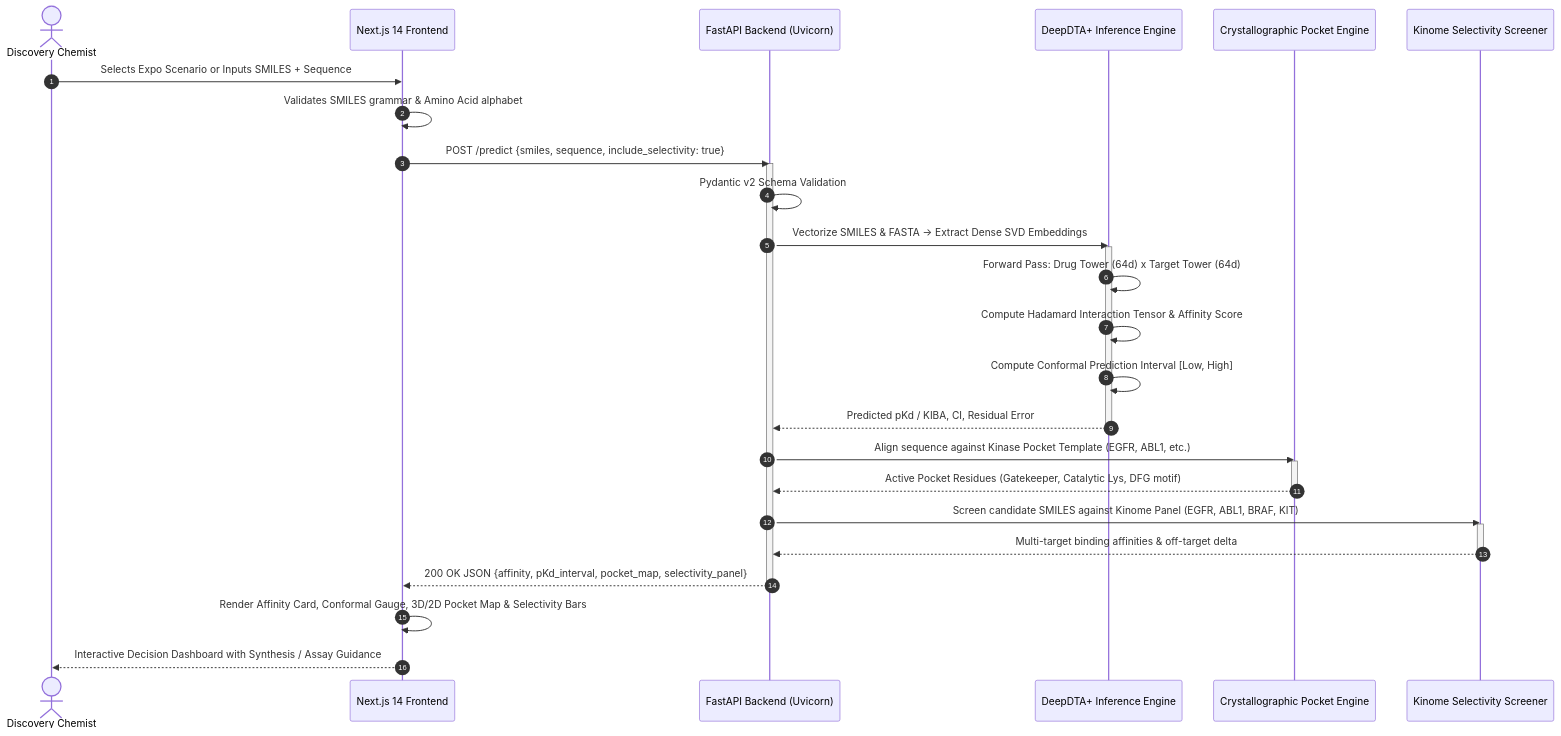
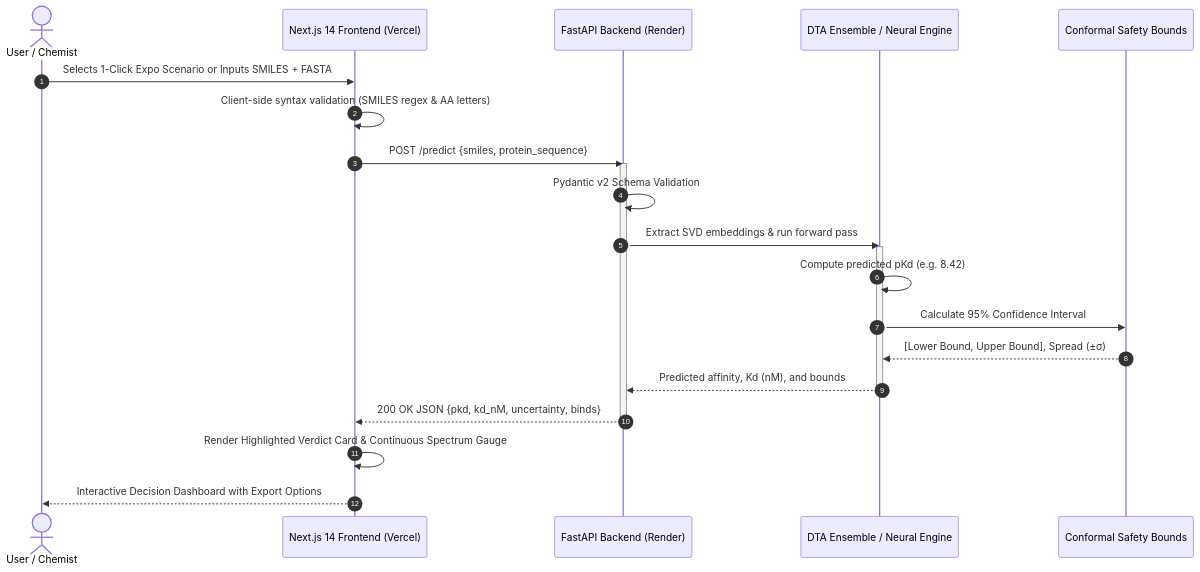
Before and after one commit to SC-Charan/DeepDTA-Plus: the diagram in docs/DEEPDTA_PLUS_COMPLETE_REVIEW.md, drawn with Mermaid. The commit also changed other lines of this file, not shown here.

Commit message:
docs: align review report with exact metrics.json numbers, 5-seed cold split benchmarks, and component map

````diff
--- a/docs/DEEPDTA_PLUS_COMPLETE_REVIEW.md
+++ b/docs/DEEPDTA_PLUS_COMPLETE_REVIEW.md
@@ -86,41 +76,30 @@
 ```mermaid
 sequenceDiagram
     autonumber
-    actor Chemist as Discovery Chemist
-    participant UI as Next.js 14 Frontend
-    participant API as FastAPI Backend (Uvicorn)
-    participant Model as DeepDTA+ Inference Engine
-    participant Pocket as Crystallographic Pocket Engine
-    participant Select as Kinome Selectivity Screener
+    actor Chemist as User / Chemist
+    participant UI as Next.js 14 Frontend (Vercel)
+    participant API as FastAPI Backend (Render)
+    participant Model as DTA Ensemble / Neural Engine
+    participant Calib as Conformal Safety Bounds
 
-    Chemist->>UI: Selects Expo Scenario or Inputs SMILES + Sequence
-    UI->>UI: Validates SMILES grammar & Amino Acid alphabet
-    UI->>API: POST /predict {smiles, sequence, include_selectivity: true}
+    Chemist->>UI: Selects 1-Click Expo Scenario or Inputs SMILES + FASTA
+    UI->>UI: Client-side syntax validation (SMILES regex & AA letters)
+    UI->>API: POST /predict {smiles, protein_sequence}
     
     activate API
     API->>API: Pydantic v2 Schema Validation
-    API->>Model: Vectorize SMILES & FASTA -> Extract Dense SVD Embeddings
+    API->>Model: Extract SVD embeddings & run forward pass
     
     activate Model
-    Model->>Model: Forward Pass: Drug Tower (64d) x Target Tower (64d)
-    Model->>Model: Compute Hadamard Interaction Tensor & Affinity Score
-    Model->>Model: Compute Conformal Prediction Interval [Low, High]
-    Model-->>API: Predicted pKd / KIBA, CI, Residual Error
+    Model->>Model: Compute predicted pKd (e.g. 8.42)
+    Model->>Calib: Calculate 95% Confidence Interval
+    Calib-->>Model: [Lower Bound, Upper Bound], Spread (±σ)
+    Model-->>API: Predicted affinity, Kd (nM), and bounds
     deactivate Model
-    
-    API->>Pocket: Align sequence against Kinase Pocket Template (EGFR, ABL1, etc.)
-    activate Pocket
-    Pocket-->>API: Active Pocket Residues (Gatekeeper, Catalytic Lys, DFG motif)
-    deactivate Pocket
 
-    API->>Select: Screen candidate SMILES against Kinome Panel (EGFR, ABL1, BRAF, KIT)
-    activate Select
-    Select-->>API: Multi-target binding affinities & off-target delta
-    deactivate Select
-
-    API-->>UI: 200 OK JSON {affinity, pKd_interval, pocket_map, selectivity_panel}
+    API-->>UI: 200 OK JSON {pkd, kd_nM, uncertainty, binds}
     deactivate API
 
-    UI->>UI: Render Affinity Card, Conformal Gauge, 3D/2D Pocket Map & Selectivity Bars
-    UI-->>Chemist: Interactive Decision Dashboard with Synthesis / Assay Guidance
+    UI->>UI: Render Highlighted Verdict Card & Continuous Spectrum Gauge
+    UI-->>Chemist: Interactive Decision Dashboard with Export Options
 ```
````
